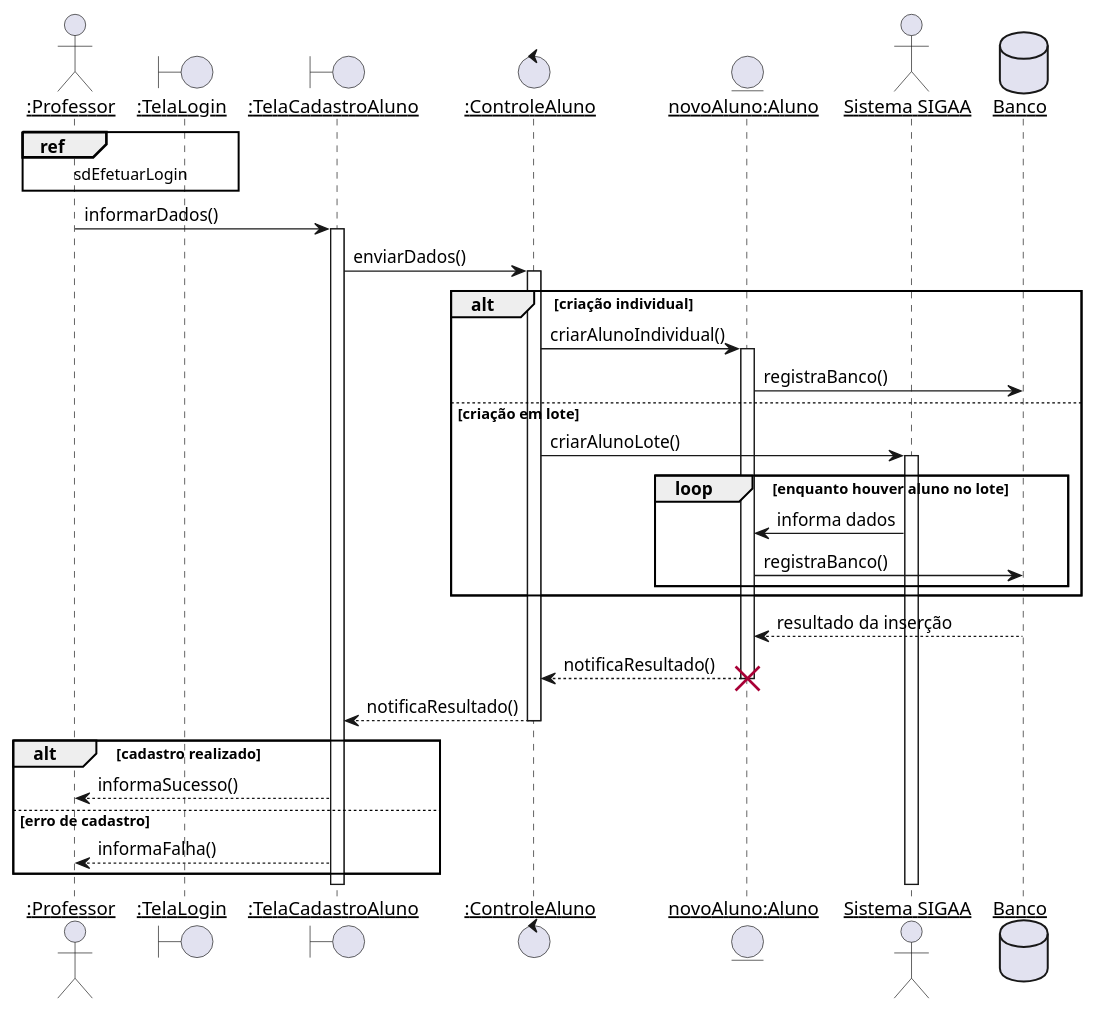
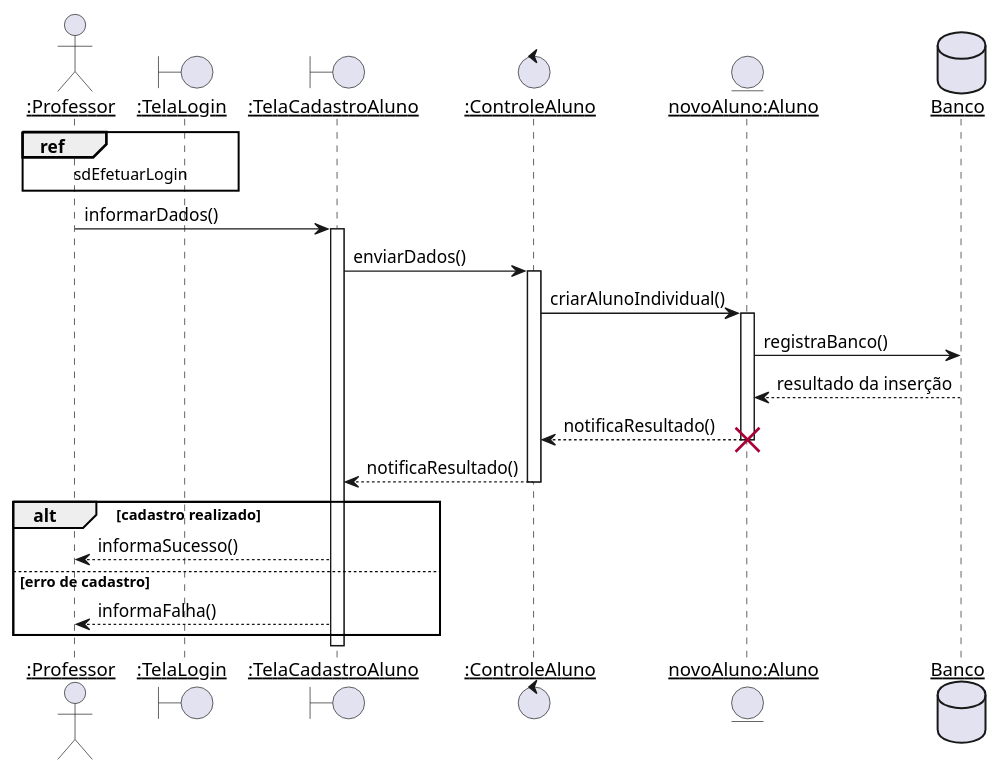
The diagram in diagramas/sequencia/manter_aluno.puml (Pedro-V/projetorium), drawn with PlantUML before and after one commit. The commit also changed 3 other files, not shown here.

Commit message:
Ator Sistema SIGAA e inclusão por lote removidos

```diff
--- a/diagramas/sequencia/manter_aluno.puml
+++ b/diagramas/sequencia/manter_aluno.puml
@@ -1,36 +1,27 @@
 @startuml
 skinparam sequenceParticipant underline
 
 actor ":Professor"  as Professor
 boundary ":TelaLogin"   as TelaLogin
 boundary ":TelaCadastroAluno"    as TelaCadastroAluno
 control ":ControleAluno" as ControleAluno
 entity "novoAluno:Aluno" as novoAluno
-actor "Sistema SIGAA" as SIGAA
 database Banco
 
 ref over Professor, TelaLogin : sdEfetuarLogin
 
 Professor -> TelaCadastroAluno ++: informarDados()
 TelaCadastroAluno -> ControleAluno ++: enviarDados()
-alt criação individual
-    ControleAluno -> novoAluno ++: criarAlunoIndividual()
-    novoAluno -> Banco : registraBanco()
-else criação em lote
-    ControleAluno -> SIGAA ++: criarAlunoLote()
-    loop enquanto houver aluno no lote
-        SIGAA -> novoAluno : informa dados
-        novoAluno -> Banco : registraBanco()
-    end
-end
+ControleAluno -> novoAluno ++: criarAlunoIndividual()
+novoAluno -> Banco : registraBanco()
 Banco --> novoAluno : resultado da inserção
 novoAluno --> ControleAluno --: notificaResultado()
 destroy novoAluno
 ControleAluno --> TelaCadastroAluno --: notificaResultado()
 
 alt cadastro realizado
     TelaCadastroAluno --> Professor : informaSucesso()
 else erro de cadastro
     TelaCadastroAluno --> Professor : informaFalha()
 end
 @enduml
```
